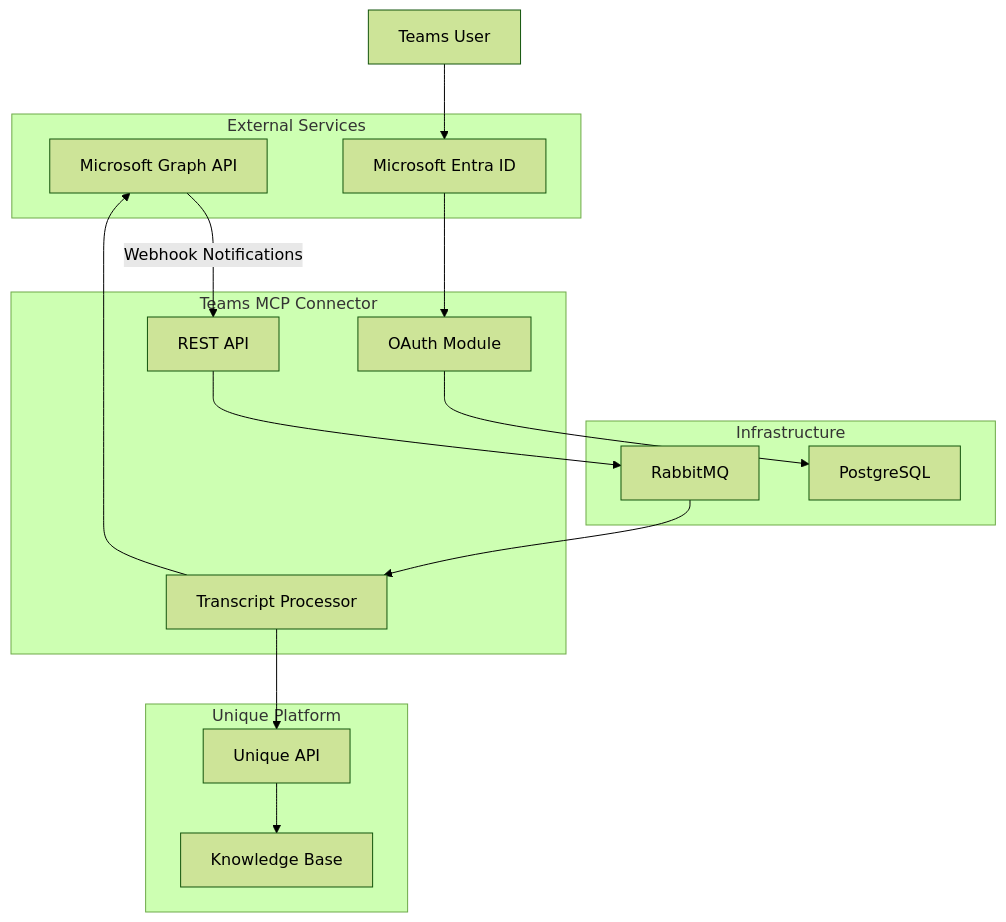
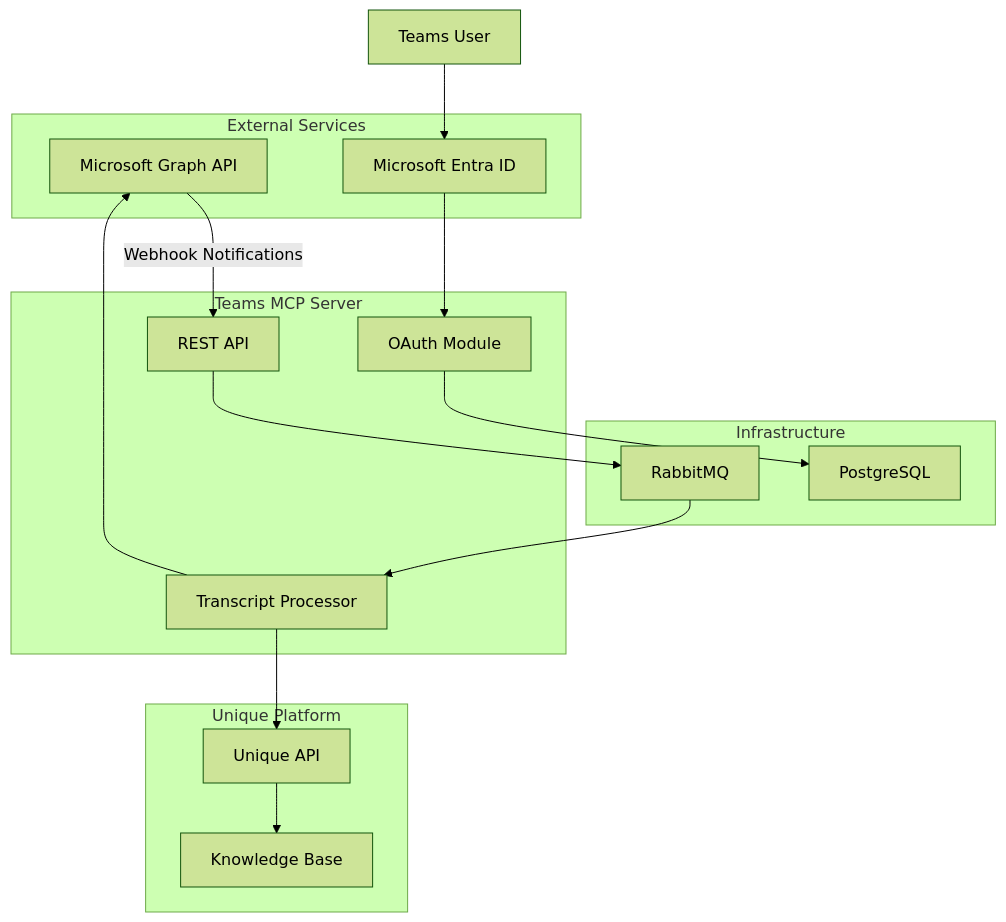
The first of 4 diagrams in services/teams-mcp/docs/README.md (Unique-AG/connectors), drawn with Mermaid (forest theme) before and after one commit. The commit also changed other lines of this file and 12 other files, not shown here.

````diff
--- a/services/teams-mcp/docs/README.md
+++ b/services/teams-mcp/docs/README.md
@@ -115,35 +115,35 @@
 ```mermaid
 flowchart TB
     subgraph External["External Services"]
         MSGraph["Microsoft Graph API"]
         EntraID["Microsoft Entra ID"]
     end
 
-    subgraph TeamsMCP["Teams MCP Connector"]
+    subgraph TeamsMCP["Teams MCP Server"]
         API["REST API"]
         OAuth["OAuth Module"]
         Processor["Transcript Processor"]
     end
 
     subgraph Infrastructure["Infrastructure"]
         RabbitMQ["RabbitMQ"]
         PostgreSQL["PostgreSQL"]
     end
 
     subgraph Unique["Unique Platform"]
         UniqueAPI["Unique API"]
         Storage["Knowledge Base"]
     end
 
     User["Teams User"] --> EntraID
     EntraID --> OAuth
     OAuth --> PostgreSQL
 
     MSGraph -->|"Webhook Notifications"| API
     API --> RabbitMQ
     RabbitMQ --> Processor
 
     Processor --> MSGraph
     Processor --> UniqueAPI
     UniqueAPI --> Storage
 ```
````
